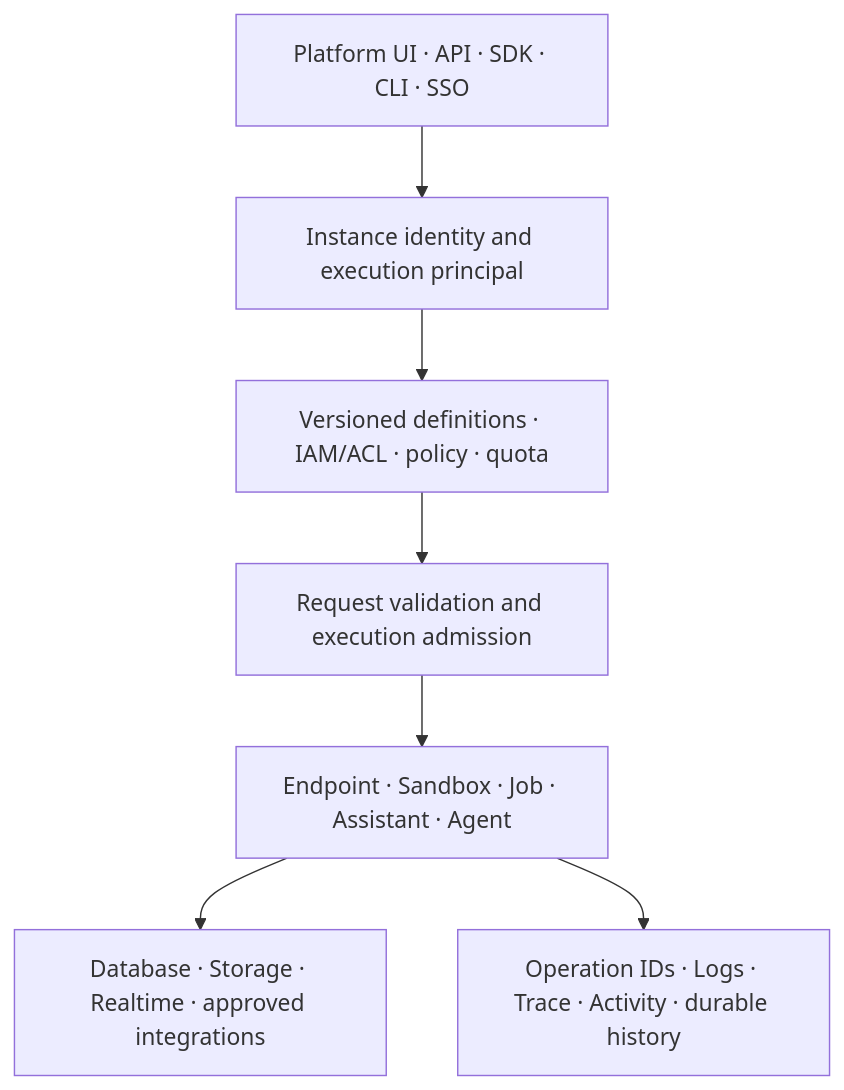
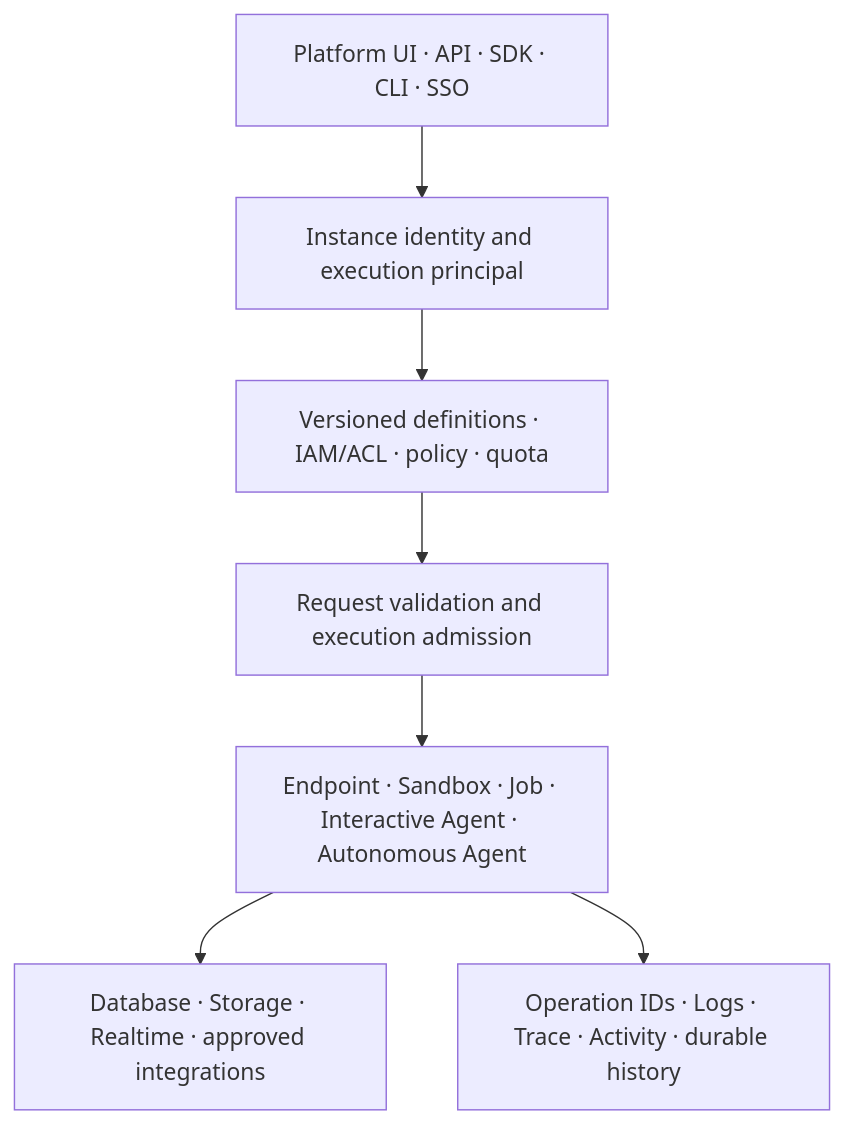
Before and after one commit to RevoEngine/public-docs: the diagram in platform/architecture.mdx, drawn with Mermaid. The commit also changed other lines of this file and 84 other files, not shown here.

````diff
--- a/platform/architecture.mdx
+++ b/platform/architecture.mdx
@@ -9,9 +9,9 @@
 ```mermaid
 flowchart TB
     Access["Platform UI · API · SDK · CLI · SSO"] --> Identity["Instance identity and execution principal"]
     Identity --> Definition["Versioned definitions · IAM/ACL · policy · quota"]
     Definition --> Admission["Request validation and execution admission"]
-    Admission --> Execute["Endpoint · Sandbox · Job · Assistant · Agent"]
+    Admission --> Execute["Endpoint · Sandbox · Job · Interactive Agent · Autonomous Agent"]
     Execute --> Capabilities["Database · Storage · Realtime · approved integrations"]
     Execute --> Evidence["Operation IDs · Logs · Trace · Activity · durable history"]
 ```
````
